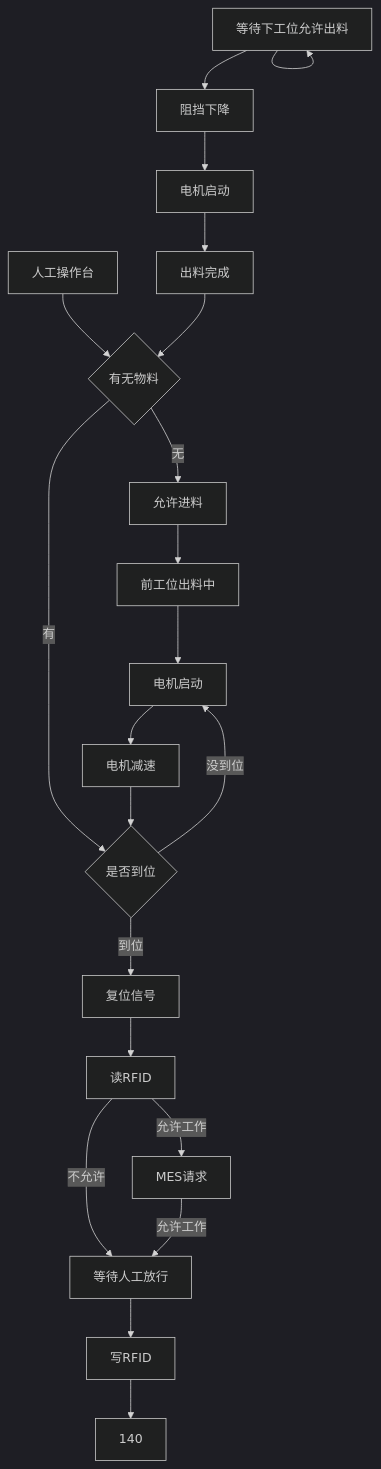
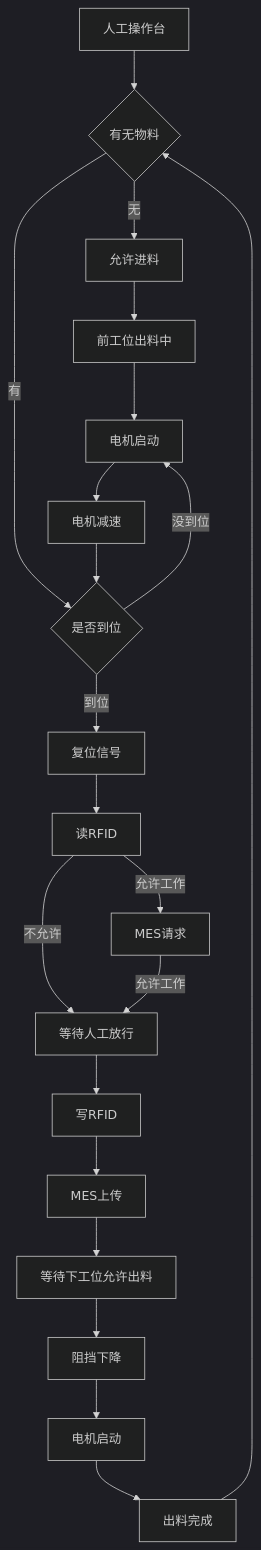
Before and after one commit to PengKun1/iodraw-files: the diagram in all/未命名-4.md, drawn with Mermaid (dark theme).

Commit message:
2024-12-20 14:56:43 update

````diff
--- a/all/未命名-4.md
+++ b/all/未命名-4.md
@@ -1,24 +1,24 @@
 ```mermaid
 graph TD
 0[人工操作台]-->10
 10[阻挡伸出]
 10{有无物料}-->|无|20
 10-->|有|60
 20[允许进料]-->30
 30[前工位出料中]-->40
 40[电机启动]-->50
 50[电机减速]-->60
 60{是否到位}-->|到位|70
 60-->|没到位|40
 70[复位信号]-->80
 80[读RFID]-->|允许工作|90
 80-->|不允许|120
 90[MES请求]-->|允许工作|120
 120[等待人工放行]-->130
 130[写RFID]-->140
-150[MES上传]-->150
+140[MES上传]-->150
 150[等待下工位允许出料]-->160
 160[阻挡下降]-->170
 170[电机启动]-->180
 180[出料完成]-->10
 ```
````
